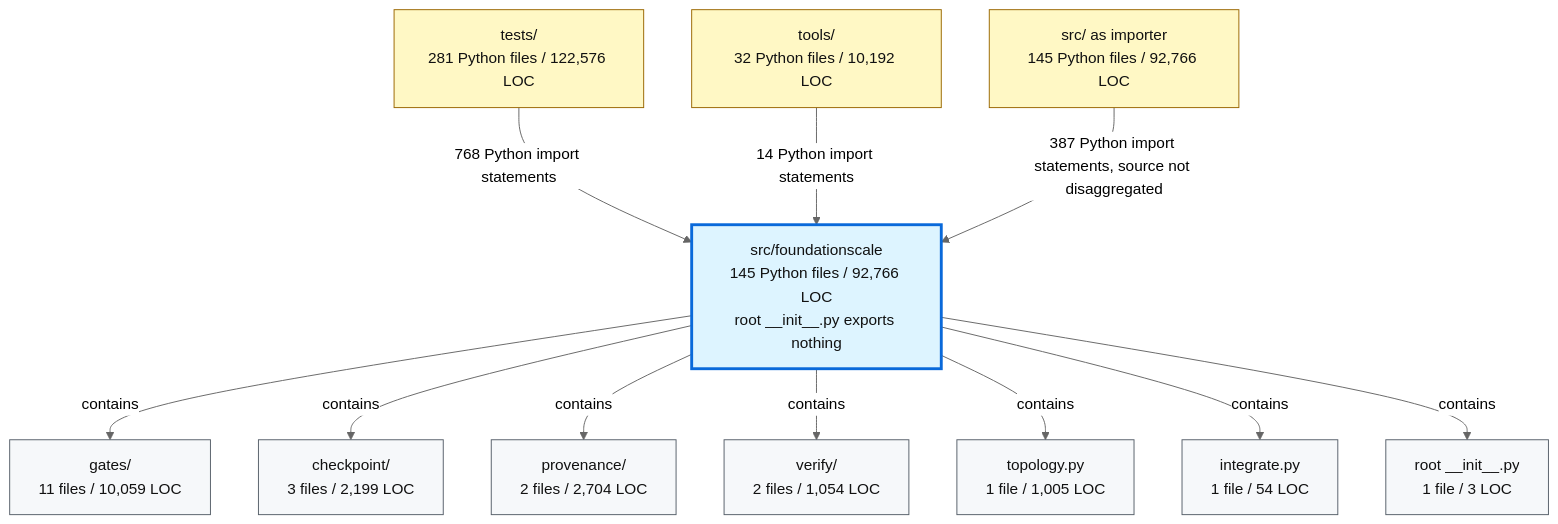
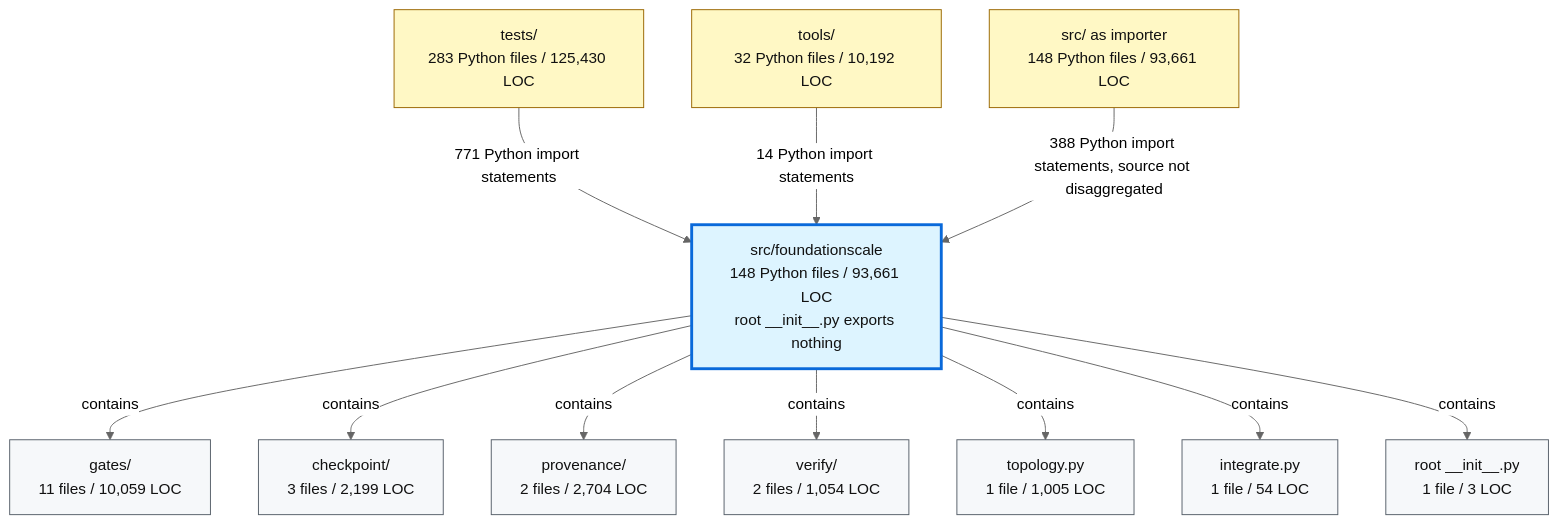
One commit to TranNhiem/FoundationScale changed the second of 2 diagrams in docs/review/D2_current_architecture.md. Above: the diagram before and after it, drawn with Mermaid (neutral theme). The commit also changed other lines of this file and 21 other files, not shown here.

````diff
--- a/docs/review/D2_current_architecture.md
+++ b/docs/review/D2_current_architecture.md
@@ -97,36 +97,36 @@
 ```mermaid
 flowchart TB
-  TESTS["tests/<br/>281 Python files / 122,576 LOC"]
+  TESTS["tests/<br/>283 Python files / 125,430 LOC"]
   TOOLS["tools/<br/>32 Python files / 10,192 LOC"]
-  SRC["src/ as importer<br/>145 Python files / 92,766 LOC"]
+  SRC["src/ as importer<br/>148 Python files / 93,661 LOC"]
 
-  FS["src/foundationscale<br/>145 Python files / 92,766 LOC<br/>root __init__.py exports nothing"]
+  FS["src/foundationscale<br/>148 Python files / 93,661 LOC<br/>root __init__.py exports nothing"]
 
   GATES["gates/<br/>11 files / 10,059 LOC"]
   CKPT["checkpoint/<br/>3 files / 2,199 LOC"]
   PROV["provenance/<br/>2 files / 2,704 LOC"]
   VERIFY["verify/<br/>2 files / 1,054 LOC"]
   TOPO["topology.py<br/>1 file / 1,005 LOC"]
   INTEG["integrate.py<br/>1 file / 54 LOC"]
   ROOT["root __init__.py<br/>1 file / 3 LOC"]
 
-  TESTS -->|"768 Python import statements"| FS
+  TESTS -->|"771 Python import statements"| FS
   TOOLS -->|"14 Python import statements"| FS
-  SRC -->|"387 Python import statements, source not disaggregated"| FS
+  SRC -->|"388 Python import statements, source not disaggregated"| FS
 
   FS -->|"contains"| GATES
   FS -->|"contains"| CKPT
   FS -->|"contains"| PROV
   FS -->|"contains"| VERIFY
   FS -->|"contains"| TOPO
   FS -->|"contains"| INTEG
   FS -->|"contains"| ROOT
 
   classDef consumer fill:#fff8c5,stroke:#9a6700,color:#111;
   classDef package fill:#ddf4ff,stroke:#0969da,stroke-width:3px,color:#111;
   classDef module fill:#f6f8fa,stroke:#57606a,color:#111;
 
   class TESTS,TOOLS,SRC consumer;
   class FS package;
   class GATES,CKPT,PROV,VERIFY,TOPO,INTEG,ROOT module;
 ```
````
